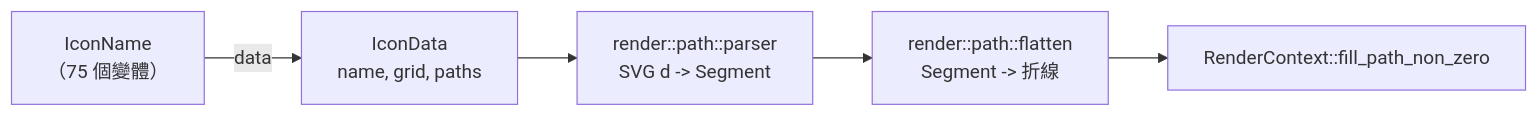
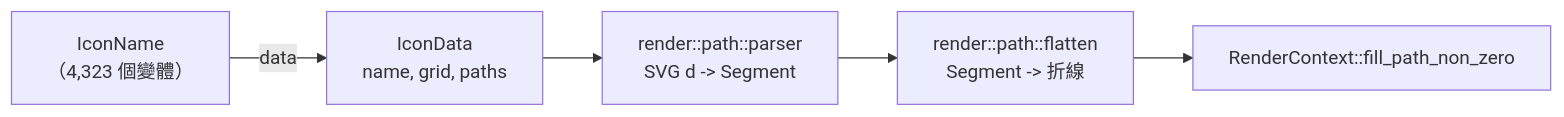
One commit to mikewolfli/rust-widgets changed the sixth of 6 diagrams in cookbook/zh-TW/src/chapters/architecture.md. Above: the diagram before and after it, drawn with Mermaid. The commit also changed other lines of this file and 4675 other files, not shown here.

````diff
--- a/cookbook/zh-TW/src/chapters/architecture.md
+++ b/cookbook/zh-TW/src/chapters/architecture.md
@@ -896,13 +901,13 @@
 ```mermaid
 graph LR
-    ENUM["IconName<br/>（75 個變體）"]
+    ENUM["IconName<br/>（4,323 個變體）"]
     DATA["IconData<br/>name, grid, paths"]
     PARSE["render::path::parser<br/>SVG d -> Segment"]
     FLAT["render::path::flatten<br/>Segment -> 折線"]
     FILL["RenderContext::fill_path_non_zero"]
 
     ENUM -->|data| DATA
     DATA --> PARSE
     PARSE --> FLAT
     FLAT --> FILL
 ```
````
